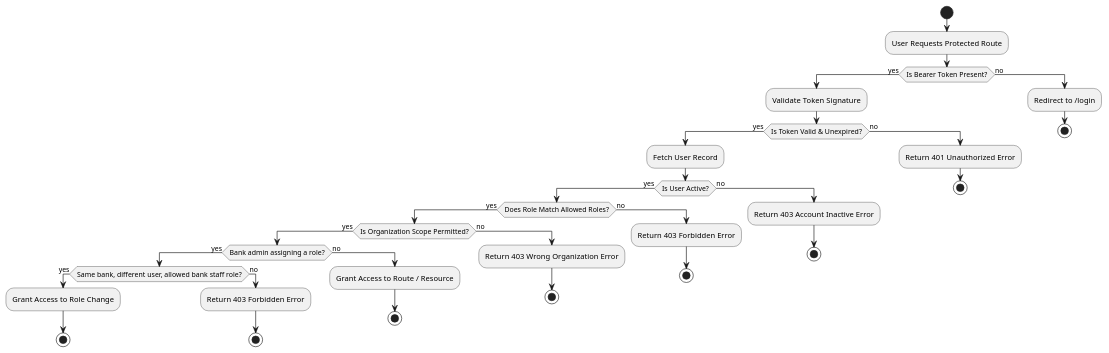
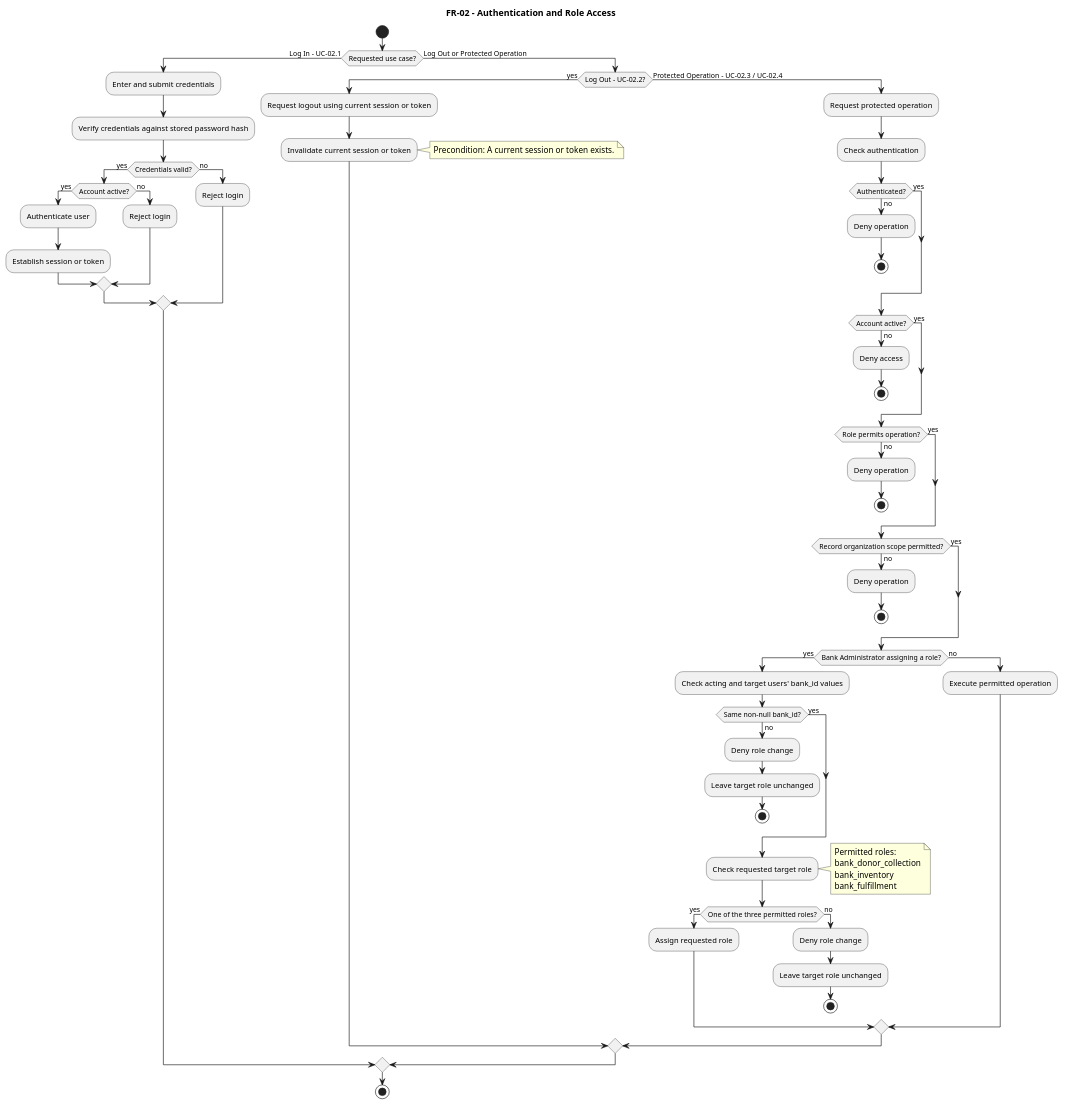
The diagram in docs/uml/Activity/AD-02-AccessCheck.puml (TitanDevX/BloodBankPlatformUni), drawn with PlantUML before and after one commit. The commit also changed 15 other files, not shown here.

Commit message:
Add UML diagrams

```diff
--- a/docs/uml/Activity/AD-02-AccessCheck.puml
+++ b/docs/uml/Activity/AD-02-AccessCheck.puml
@@ -1,43 +1,75 @@
-@startuml AccessCheck_Activity
+@startuml FR02_Identity_Activity
+title FR-02 - Authentication and Role Access
 start
-:User Requests Protected Route;
-if (Is Bearer Token Present?) then (yes)
-  :Validate Token Signature;
-  if (Is Token Valid & Unexpired?) then (yes)
-    :Fetch User Record;
-    if (Is User Active?) then (yes)
-      if (Does Role Match Allowed Roles?) then (yes)
-        if (Is Organization Scope Permitted?) then (yes)
-          if (Bank admin assigning a role?) then (yes)
-            if (Same bank, different user, allowed bank staff role?) then (yes)
-              :Grant Access to Role Change;
-              stop
-            else (no)
-              :Return 403 Forbidden Error;
-              stop
-            endif
-          else (no)
-            :Grant Access to Route / Resource;
-            stop
-          endif
-        else (no)
-          :Return 403 Wrong Organization Error;
-          stop
-        endif
+if (Requested use case?) then (Log In - UC-02.1)
+  :Enter and submit credentials;
+  :Verify credentials against stored password hash;
+  if (Credentials valid?) then (yes)
+    if (Account active?) then (yes)
+      :Authenticate user;
+      :Establish session or token;
+    else (no)
+      :Reject login;
+    endif
+  else (no)
+    :Reject login;
+  endif
+else (Log Out or Protected Operation)
+  if (Log Out - UC-02.2?) then (yes)
+    :Request logout using current session or token;
+    :Invalidate current session or token;
+    note right
+      Precondition: A current session or token exists.
+    end note
+  else (Protected Operation - UC-02.3 / UC-02.4)
+    :Request protected operation;
+    :Check authentication;
+    if (Authenticated?) then (yes)
+    else (no)
+      :Deny operation;
+      stop
+    endif
+    if (Account active?) then (yes)
+    else (no)
+      :Deny access;
+      stop
+    endif
+    if (Role permits operation?) then (yes)
+    else (no)
+      :Deny operation;
+      stop
+    endif
+    if (Record organization scope permitted?) then (yes)
+    else (no)
+      :Deny operation;
+      stop
+    endif
+    if (Bank Administrator assigning a role?) then (yes)
+      :Check acting and target users' bank_id values;
+      if (Same non-null bank_id?) then (yes)
       else (no)
-        :Return 403 Forbidden Error;
+        :Deny role change;
+        :Leave target role unchanged;
+        stop
+      endif
+      :Check requested target role;
+      note right
+        Permitted roles:
+        bank_donor_collection
+        bank_inventory
+        bank_fulfillment
+      end note
+      if (One of the three permitted roles?) then (yes)
+        :Assign requested role;
+      else (no)
+        :Deny role change;
+        :Leave target role unchanged;
         stop
       endif
     else (no)
-      :Return 403 Account Inactive Error;
-      stop
+      :Execute permitted operation;
     endif
-  else (no)
-    :Return 401 Unauthorized Error;
-    stop
   endif
-else (no)
-  :Redirect to /login;
-  stop
 endif
+stop
 @enduml
```
